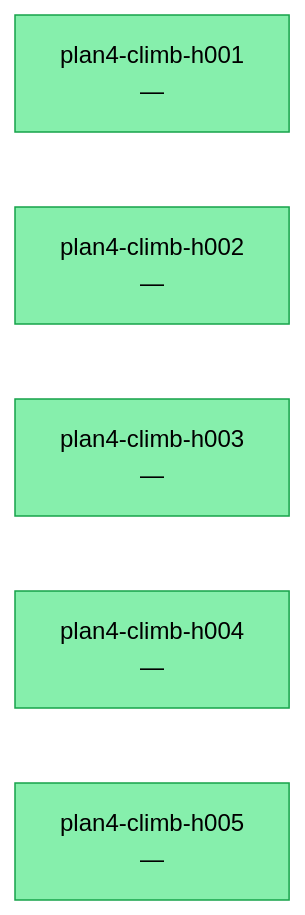
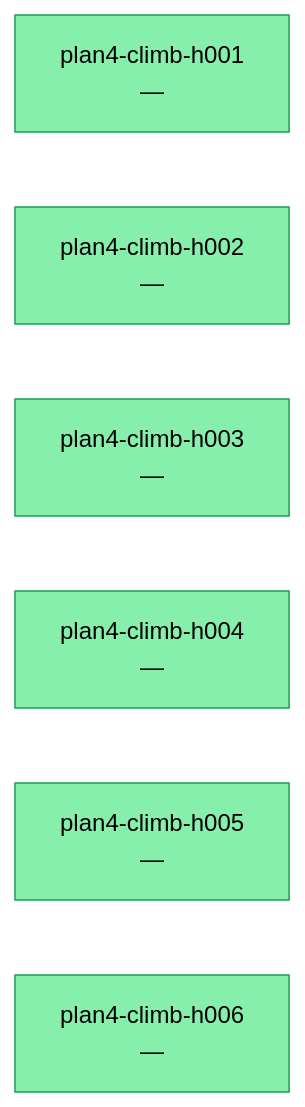
The diagram in docs/status/climb/research-tree.md (uukuguy/asterion), drawn with Mermaid before and after one commit. The commit also changed other lines of this file and 6 other files, not shown here.

````diff
--- a/docs/status/climb/research-tree.md
+++ b/docs/status/climb/research-tree.md
@@ -38,17 +39,19 @@
 ```mermaid
 graph LR
     classDef sota fill:#4ade80,stroke:#15803d,color:#000
     classDef confirmed fill:#86efac,stroke:#16a34a,color:#000
     classDef falsified fill:#fca5a5,stroke:#b91c1c,color:#000
     classDef pending fill:#fde68a,stroke:#a16207,color:#000
     plan4_climb_h001["plan4-climb-h001<br/>—"]
     class plan4_climb_h001 confirmed
     plan4_climb_h002["plan4-climb-h002<br/>—"]
     class plan4_climb_h002 confirmed
     plan4_climb_h003["plan4-climb-h003<br/>—"]
     class plan4_climb_h003 confirmed
     plan4_climb_h004["plan4-climb-h004<br/>—"]
     class plan4_climb_h004 confirmed
     plan4_climb_h005["plan4-climb-h005<br/>—"]
     class plan4_climb_h005 confirmed
+    plan4_climb_h006["plan4-climb-h006<br/>—"]
+    class plan4_climb_h006 confirmed
 ```
````
